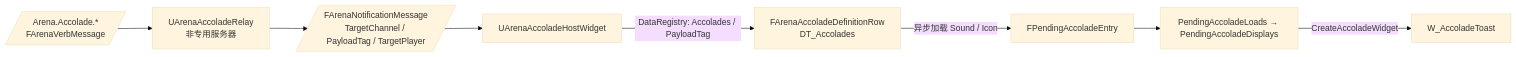
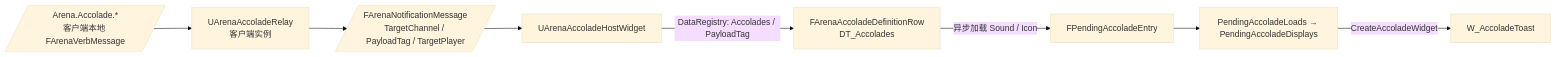
The third of 4 diagrams in Docs/EliminationNotifications.md (FutureWayne/ProjectDLLM), drawn with Mermaid (base theme) before and after one commit. The commit also changed other lines of this file, not shown here.

````diff
--- a/Docs/EliminationNotifications.md
+++ b/Docs/EliminationNotifications.md
@@ -258,10 +269,10 @@
 ```mermaid
 flowchart LR
-    V[/"Arena.Accolade.*<br/>FArenaVerbMessage"/] --> AR["UArenaAccoladeRelay<br/>非专用服务器"]
+    V[/"Arena.Accolade.*<br/>客户端本地 FArenaVerbMessage"/] --> AR["UArenaAccoladeRelay<br/>客户端实例"]
     AR --> N[/"FArenaNotificationMessage<br/>TargetChannel / PayloadTag / TargetPlayer"/]
     N --> H["UArenaAccoladeHostWidget"]
     H -- "DataRegistry: Accolades / PayloadTag" --> Row["FArenaAccoladeDefinitionRow<br/>DT_Accolades"]
     Row -- "异步加载 Sound / Icon" --> P["FPendingAccoladeEntry"]
     P --> Q["PendingAccoladeLoads → PendingAccoladeDisplays"]
     Q -- "CreateAccoladeWidget" --> T["W_AccoladeToast"]
 ```
````
